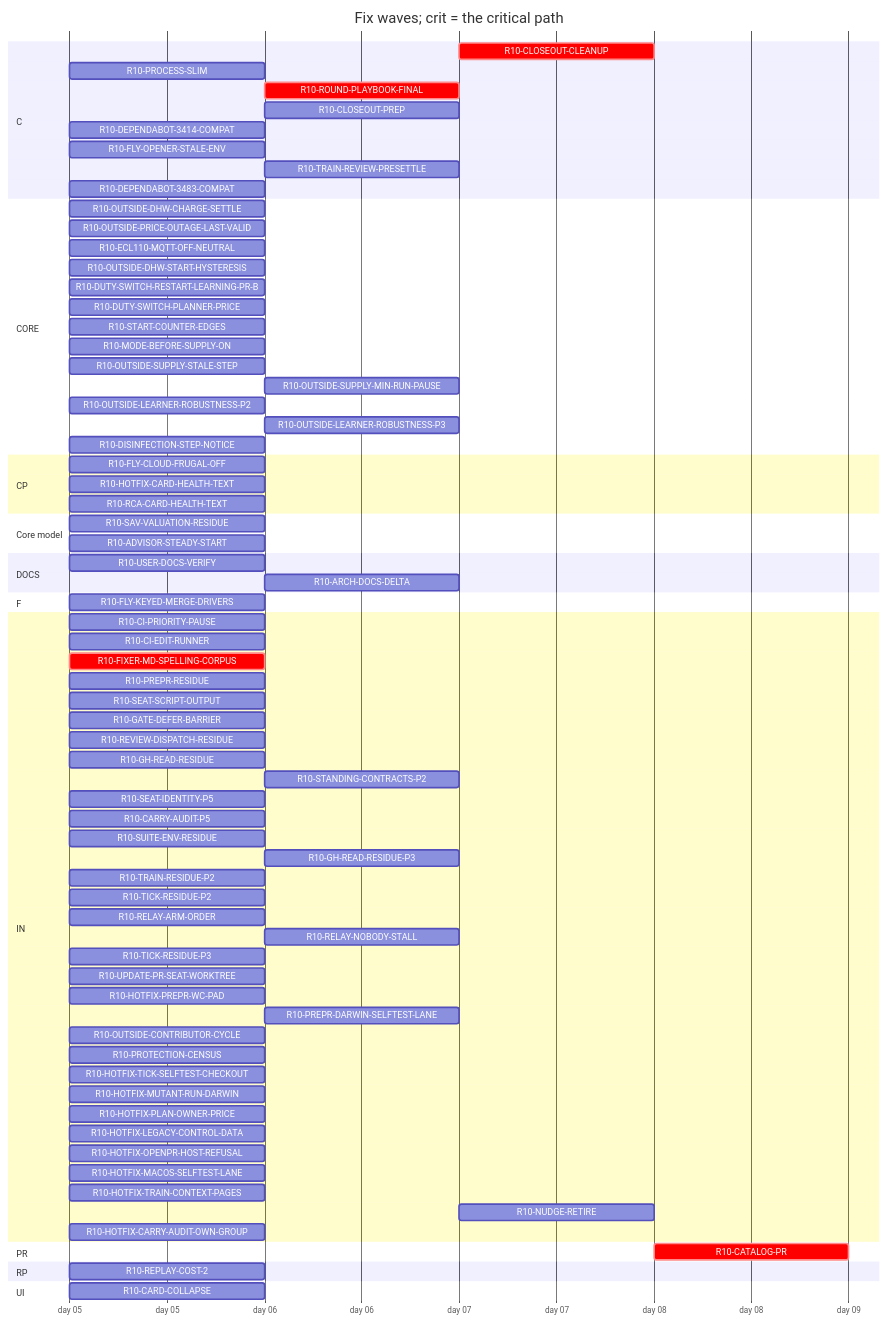
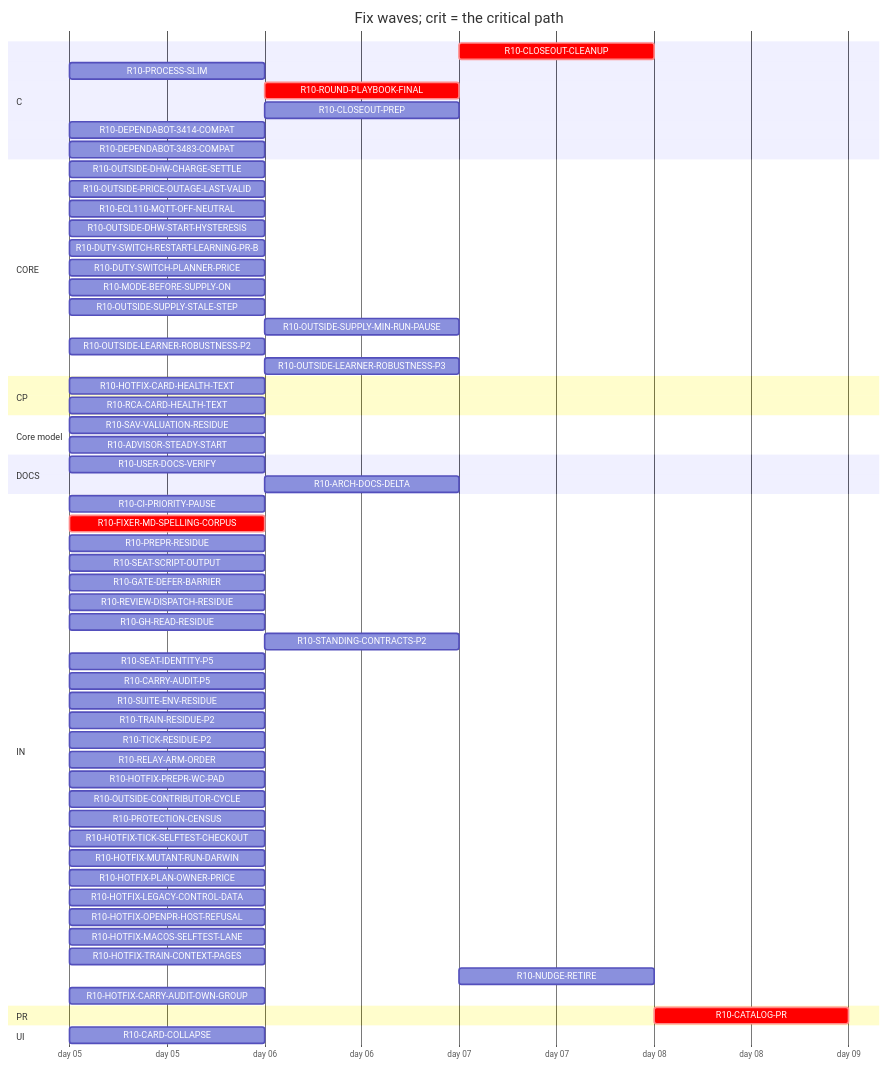
Before and after one commit to tvofi/heatpump_optimizer: the diagram in handoff/round10/state/PLAN-TABLE.md, drawn with Mermaid. The commit also changed other lines of this file and 4 other files, not shown here.

Commit message:
state: FLOW-BOARD.md, NEXT-SESSION-PROMPT.md, PLAN-TABLE.md, PLAN.html, RESUME-CURRENT.md regenerated (state_docs.py)

````diff
--- a/handoff/round10/state/PLAN-TABLE.md
+++ b/handoff/round10/state/PLAN-TABLE.md
@@ -23,80 +21,65 @@
 ```mermaid
 gantt
   title Fix waves; crit = the critical path
   dateFormat YYYY-MM-DD
   axisFormat day %d
   section C
     R10-CLOSEOUT-CLEANUP :crit, r10CLOSEOUTCLEANUP, after r10USERDOCSVERIFY r10ROUNDPLAYBOOKFINAL r10CLOSEOUTPREP r10ARCHDOCSDELTA, 1d
     R10-PROCESS-SLIM :r10PROCESSSLIM, 2026-01-05, 1d
     R10-ROUND-PLAYBOOK-FINAL :crit, r10ROUNDPLAYBOOKFINAL, after r10FIXERMDSPELLINGCORPUS, 1d
     R10-CLOSEOUT-PREP :r10CLOSEOUTPREP, after r10FIXERMDSPELLINGCORPUS, 1d
     R10-DEPENDABOT-3414-COMPAT :r10DEPENDABOT3414COMPAT, 2026-01-05, 1d
-    R10-FLY-OPENER-STALE-ENV :r10FLYOPENERSTALEENV, 2026-01-05, 1d
-    R10-TRAIN-REVIEW-PRESETTLE :r10TRAINREVIEWPRESETTLE, after r10TRAINRESIDUEP2, 1d
     R10-DEPENDABOT-3483-COMPAT :r10DEPENDABOT3483COMPAT, 2026-01-05, 1d
   section CORE
     R10-OUTSIDE-DHW-CHARGE-SETTLE :r10OUTSIDEDHWCHARGESETTLE, 2026-01-05, 1d
     R10-OUTSIDE-PRICE-OUTAGE-LAST-VALID :r10OUTSIDEPRICEOUTAGELASTVALID, 2026-01-05, 1d
     R10-ECL110-MQTT-OFF-NEUTRAL :r10ECL110MQTTOFFNEUTRAL, 2026-01-05, 1d
     R10-OUTSIDE-DHW-START-HYSTERESIS :r10OUTSIDEDHWSTARTHYSTERESIS, 2026-01-05, 1d
     R10-DUTY-SWITCH-RESTART-LEARNING-PR-B :r10DUTYSWITCHRESTARTLEARNINGPRB, 2026-01-05, 1d
     R10-DUTY-SWITCH-PLANNER-PRICE :r10DUTYSWITCHPLANNERPRICE, 2026-01-05, 1d
-    R10-START-COUNTER-EDGES :r10STARTCOUNTEREDGES, 2026-01-05, 1d
     R10-MODE-BEFORE-SUPPLY-ON :r10MODEBEFORESUPPLYON, 2026-01-05, 1d
     R10-OUTSIDE-SUPPLY-STALE-STEP :r10OUTSIDESUPPLYSTALESTEP, 2026-01-05, 1d
     R10-OUTSIDE-SUPPLY-MIN-RUN-PAUSE :r10OUTSIDESUPPLYMINRUNPAUSE, after r10OUTSIDESUPPLYSTALESTEP, 1d
     R10-OUTSIDE-LEARNER-ROBUSTNESS-P2 :r10OUTSIDELEARNERROBUSTNESSP2, 2026-01-05, 1d
     R10-OUTSIDE-LEARNER-ROBUSTNESS-P3 :r10OUTSIDELEARNERROBUSTNESSP3, after r10OUTSIDELEARNERROBUSTNESSP2, 1d
-    R10-DISINFECTION-STEP-NOTICE :r10DISINFECTIONSTEPNOTICE, 2026-01-05, 1d
   section CP
-    R10-FLY-CLOUD-FRUGAL-OFF :r10FLYCLOUDFRUGALOFF, 2026-01-05, 1d
     R10-HOTFIX-CARD-HEALTH-TEXT :r10HOTFIXCARDHEALTHTEXT, 2026-01-05, 1d
     R10-RCA-CARD-HEALTH-TEXT :r10RCACARDHEALTHTEXT, 2026-01-05, 1d
   section Core model
     R10-SAV-VALUATION-RESIDUE :r10SAVVALUATIONRESIDUE, 2026-01-05, 1d
     R10-ADVISOR-STEADY-START :r10ADVISORSTEADYSTART, 2026-01-05, 1d
   section DOCS
     R10-USER-DOCS-VERIFY :r10USERDOCSVERIFY, 2026-01-05, 1d
     R10-ARCH-DOCS-DELTA :r10ARCHDOCSDELTA, after r10SAVVALUATIONRESIDUE r10ADVISORSTEADYSTART r10PROCESSSLIM, 1d
-  section F
-    R10-FLY-KEYED-MERGE-DRIVERS :r10FLYKEYEDMERGEDRIVERS, 2026-01-05, 1d
   section IN
     R10-CI-PRIORITY-PAUSE :r10CIPRIORITYPAUSE, 2026-01-05, 1d
-    R10-CI-EDIT-RUNNER :r10CIEDITRUNNER, 2026-01-05, 1d
     R10-FIXER-MD-SPELLING-CORPUS :crit, r10FIXERMDSPELLINGCORPUS, 2026-01-05, 1d
     R10-PREPR-RESIDUE :r10PREPRRESIDUE, 2026-01-05, 1d
     R10-SEAT-SCRIPT-OUTPUT :r10SEATSCRIPTOUTPUT, 2026-01-05, 1d
     R10-GATE-DEFER-BARRIER :r10GATEDEFERBARRIER, 2026-01-05, 1d
     R10-REVIEW-DISPATCH-RESIDUE :r10REVIEWDISPATCHRESIDUE, 2026-01-05, 1d
     R10-GH-READ-RESIDUE :r10GHREADRESIDUE, 2026-01-05, 1d
     R10-STANDING-CONTRACTS-P2 :r10STANDINGCONTRACTSP2, after r10FIXERMDSPELLINGCORPUS, 1d
     R10-SEAT-IDENTITY-P5 :r10SEATIDENTITYP5, 2026-01-05, 1d
     R10-CARRY-AUDIT-P5 :r10CARRYAUDITP5, 2026-01-05, 1d
     R10-SUITE-ENV-RESIDUE :r10SUITEENVRESIDUE, 2026-01-05, 1d
-    R10-GH-READ-RESIDUE-P3 :r10GHREADRESIDUEP3, after r10GHREADRESIDUE, 1d
     R10-TRAIN-RESIDUE-P2 :r10TRAINRESIDUEP2, 2026-01-05, 1d
     R10-TICK-RESIDUE-P2 :r10TICKRESIDUEP2, 2026-01-05, 1d
     R10-RELAY-ARM-ORDER :r10RELAYARMORDER, 2026-01-05, 1d
-    R10-RELAY-NOBODY-STALL :r10RELAYNOBODYSTALL, after r10RELAYARMORDER r10REVIEWDISPATCHRESIDUE, 1d
-    R10-TICK-RESIDUE-P3 :r10TICKRESIDUEP3, 2026-01-05, 1d
-    R10-UPDATE-PR-SEAT-WORKTREE :r10UPDATEPRSEATWORKTREE, 2026-01-05, 1d
     R10-HOTFIX-PREPR-WC-PAD :r10HOTFIXPREPRWCPAD, 2026-01-05, 1d
-    R10-PREPR-DARWIN-SELFTEST-LANE :r10PREPRDARWINSELFTESTLANE, after r10HOTFIXPREPRWCPAD, 1d
     R10-OUTSIDE-CONTRIBUTOR-CYCLE :r10OUTSIDECONTRIBUTORCYCLE, 2026-01-05, 1d
     R10-PROTECTION-CENSUS :r10PROTECTIONCENSUS, 2026-01-05, 1d
     R10-HOTFIX-TICK-SELFTEST-CHECKOUT :r10HOTFIXTICKSELFTESTCHECKOUT, 2026-01-05, 1d
     R10-HOTFIX-MUTANT-RUN-DARWIN :r10HOTFIXMUTANTRUNDARWIN, 2026-01-05, 1d
     R10-HOTFIX-PLAN-OWNER-PRICE :r10HOTFIXPLANOWNERPRICE, 2026-01-05, 1d
     R10-HOTFIX-LEGACY-CONTROL-DATA :r10HOTFIXLEGACYCONTROLDATA, 2026-01-05, 1d
     R10-HOTFIX-OPENPR-HOST-REFUSAL :r10HOTFIXOPENPRHOSTREFUSAL, 2026-01-05, 1d
     R10-HOTFIX-MACOS-SELFTEST-LANE :r10HOTFIXMACOSSELFTESTLANE, 2026-01-05, 1d
     R10-HOTFIX-TRAIN-CONTEXT-PAGES :r10HOTFIXTRAINCONTEXTPAGES, 2026-01-05, 1d
     R10-NUDGE-RETIRE :r10NUDGERETIRE, after r10ROUNDPLAYBOOKFINAL, 1d
     R10-HOTFIX-CARRY-AUDIT-OWN-GROUP :r10HOTFIXCARRYAUDITOWNGROUP, 2026-01-05, 1d
   section PR
     R10-CATALOG-PR :crit, r10CATALOGPR, after r10USERDOCSVERIFY r10ROUNDPLAYBOOKFINAL r10CLOSEOUTCLEANUP r10CLOSEOUTPREP r10ARCHDOCSDELTA, 1d
-  section RP
-    R10-REPLAY-COST-2 :r10REPLAYCOST2, 2026-01-05, 1d
   section UI
     R10-CARD-COLLAPSE :r10CARDCOLLAPSE, 2026-01-05, 1d
 ```
````
